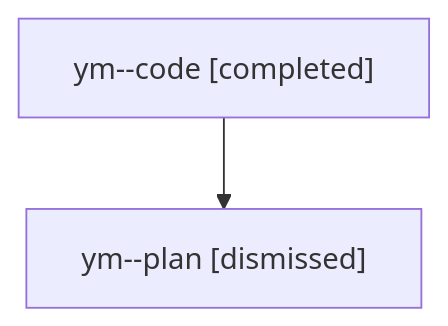
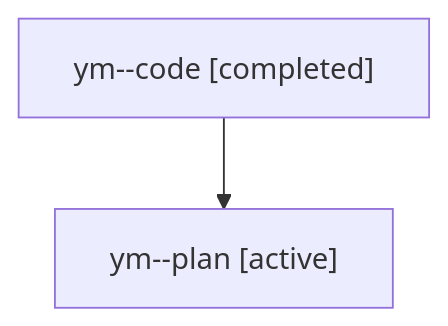
Before and after one commit to sase-org/sase--agents: the diagram in families/bbugyi200.athena.ym.md, drawn with Mermaid. The commit also changed other lines of this file and 35830 other files, not shown here.

````diff
--- a/families/bbugyi200.athena.ym.md
+++ b/families/bbugyi200.athena.ym.md
@@ -9,6 +9,6 @@
 ```mermaid
 flowchart TD
   n0["ym--code [completed]"]
-  n1["ym--plan [dismissed]"]
+  n1["ym--plan [active]"]
   n0 --> n1
 ```
````
